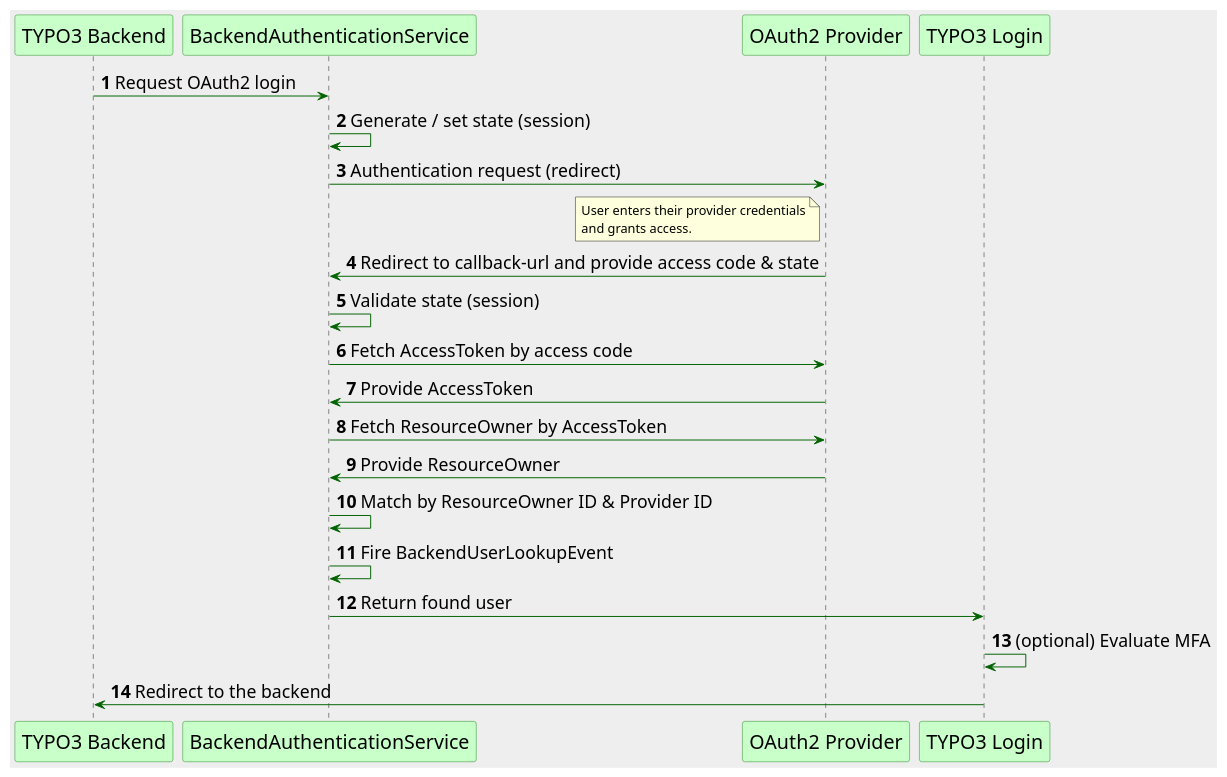
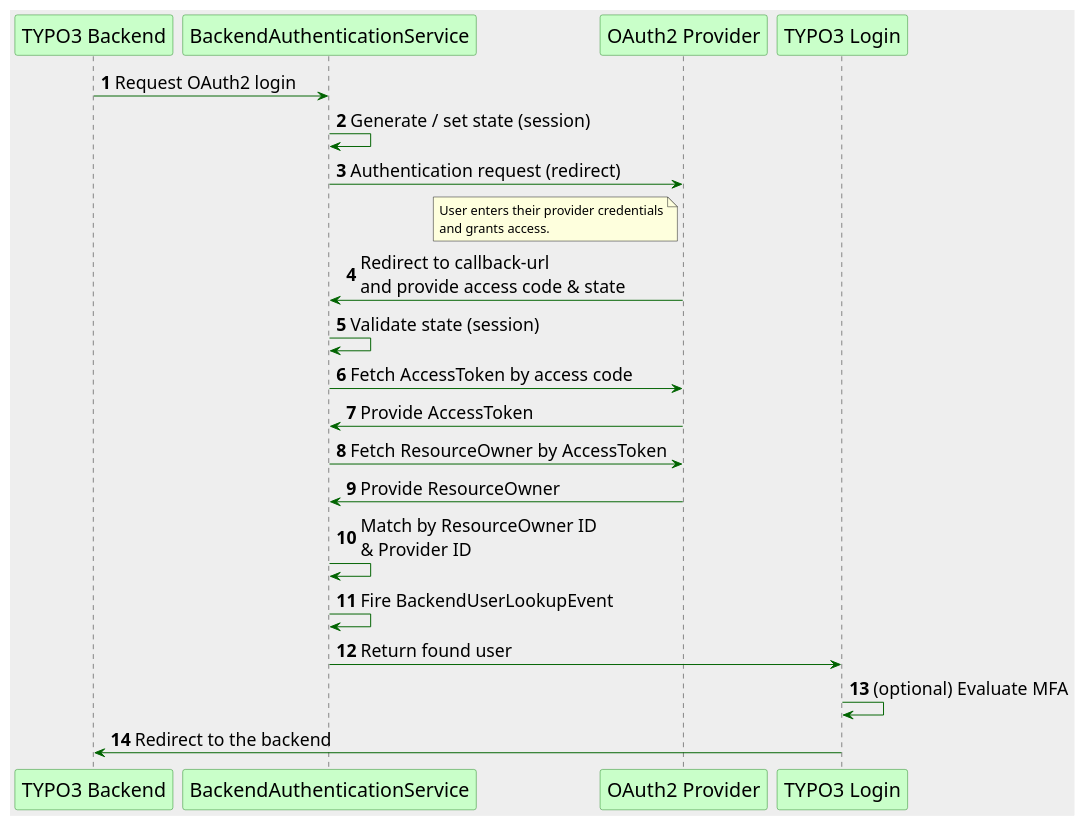
Before and after one commit to jswebguru/OAuth2-client: the first of 4 diagrams in Documentation/Developers/Index.rst, drawn with PlantUML. The commit also changed other lines of this file and 12 other files, not shown here.

```diff
--- a/Documentation/Developers/Index.rst
+++ b/Documentation/Developers/Index.rst
@@ -15,34 +15,34 @@
 .. uml::
 
    skinparam backgroundColor #EEE
    skinparam handwritten false
    skinparam sequence {
        ArrowColor DarkGreen
        ArrowFontSize 18
        ParticipantBorderColor ForestGreen
        ParticipantFontSize 20
        ParticipantBackgroundColor TECHNOLOGY
    }
 
    autonumber
 
    "TYPO3 Backend" -> "BackendAuthenticationService": Request OAuth2 login
    "BackendAuthenticationService" -> "BackendAuthenticationService": Generate / set state (session)
    "BackendAuthenticationService" -> "OAuth2 Provider": Authentication request (redirect)
    note left of "OAuth2 Provider"
        User enters their provider credentials
        and grants access.
    end note
-   "OAuth2 Provider" -> "BackendAuthenticationService": Redirect to callback-url and provide access code & state
+   "OAuth2 Provider" -> "BackendAuthenticationService": Redirect to callback-url\nand provide access code & state
    "BackendAuthenticationService" -> "BackendAuthenticationService": Validate state (session)
    "BackendAuthenticationService" -> "OAuth2 Provider": Fetch AccessToken by access code
    "OAuth2 Provider" -> "BackendAuthenticationService": Provide AccessToken
    "BackendAuthenticationService" -> "OAuth2 Provider": Fetch ResourceOwner by AccessToken
    "OAuth2 Provider" -> "BackendAuthenticationService": Provide ResourceOwner
-   "BackendAuthenticationService" -> "BackendAuthenticationService": Match by ResourceOwner ID & Provider ID
+   "BackendAuthenticationService" -> "BackendAuthenticationService": Match by ResourceOwner ID\n& Provider ID
    "BackendAuthenticationService" -> "BackendAuthenticationService": Fire BackendUserLookupEvent
    "BackendAuthenticationService" -> "TYPO3 Login": Return found user
    "TYPO3 Login" -> "TYPO3 Login": (optional) Evaluate MFA
    "TYPO3 Login" -> "TYPO3 Backend": Redirect to the backend
 
    @enduml
```
